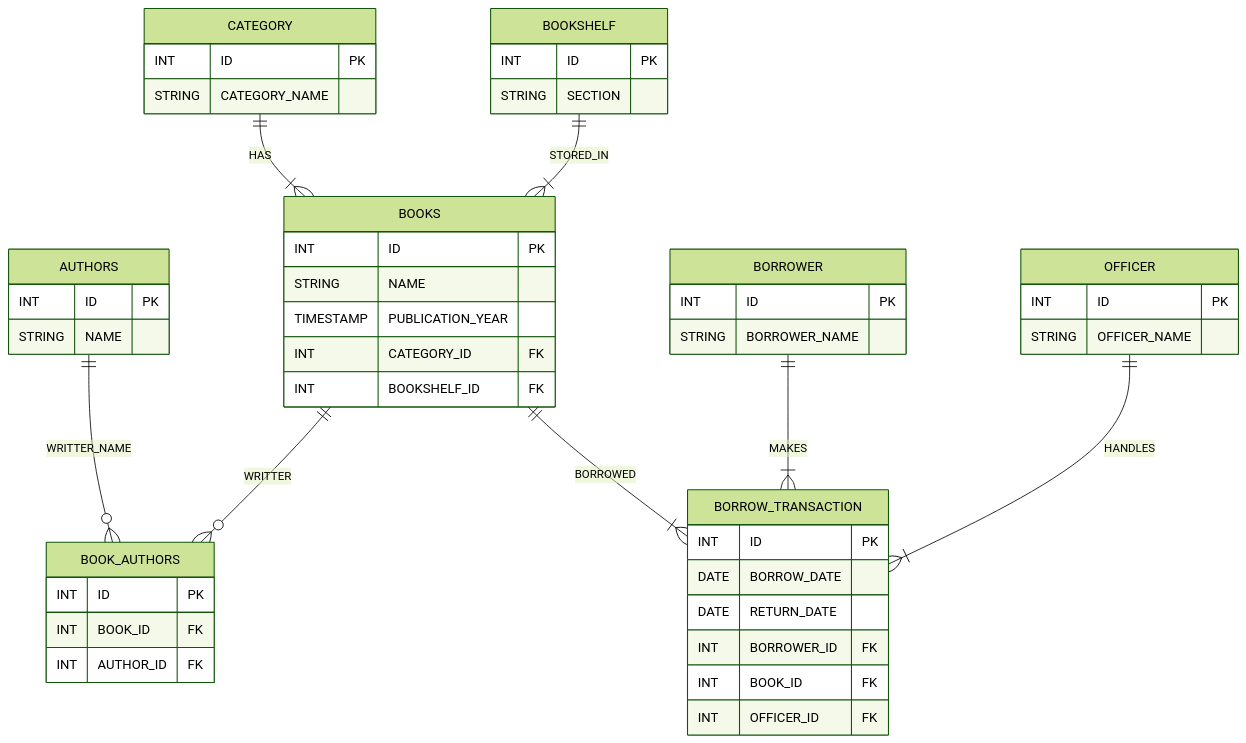
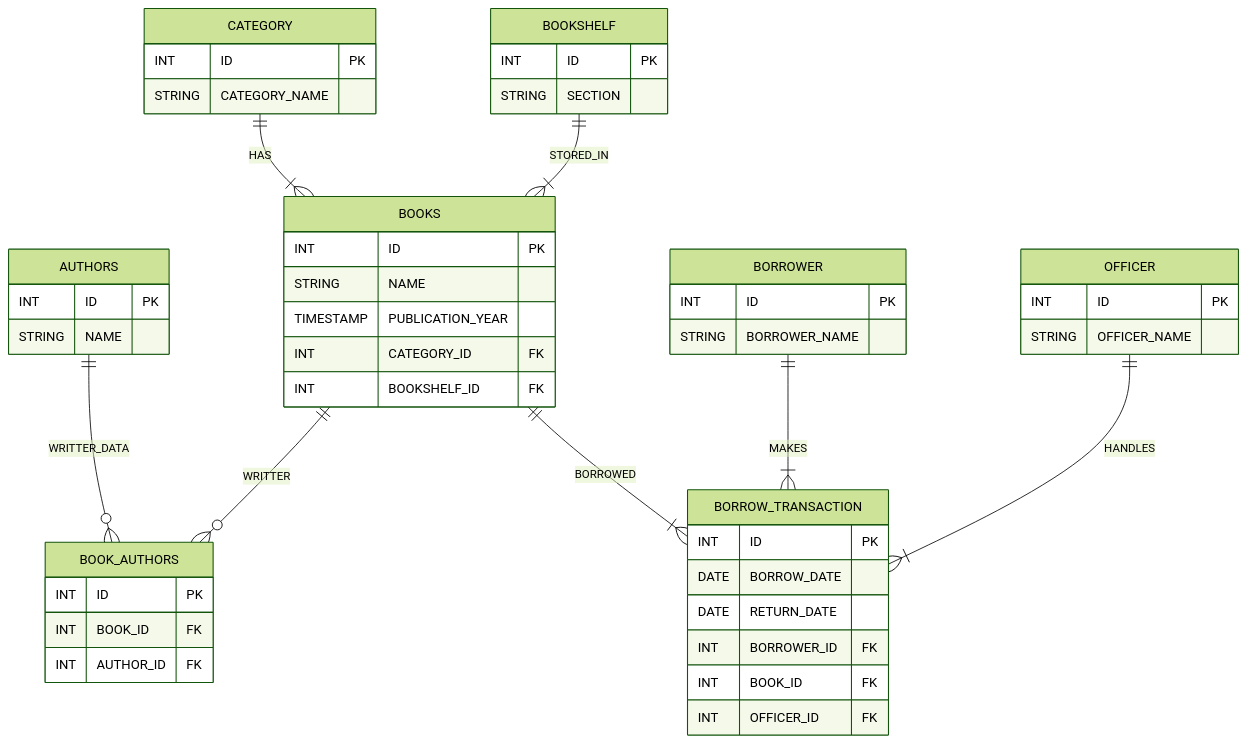
One commit to VirgilIw/koda-b6-db1 changed the diagram in minitask1/Readme.md. Above: the diagram before and after it, drawn with Mermaid (forest theme).

Commit message:
Update writer reference in Readme.md

````diff
--- a/minitask1/Readme.md
+++ b/minitask1/Readme.md
@@ -3,61 +3,61 @@
 ```mermaid
 erDiagram
 
 BOOKS {
     INT ID PK
     STRING NAME
     TIMESTAMP PUBLICATION_YEAR
     INT CATEGORY_ID FK
     INT BOOKSHELF_ID FK
 }
 
 BOOK_AUTHORS {
     INT ID PK
     INT BOOK_ID FK
     INT AUTHOR_ID FK 
 }
 
 AUTHORS {
     INT ID PK
     STRING NAME
 }
 
 CATEGORY {
     INT ID PK
     STRING CATEGORY_NAME
 }
 
 BOOKSHELF{
     INT ID PK
     STRING SECTION
 }
 
 OFFICER {
     INT ID PK
     STRING OFFICER_NAME
 }
 
 BORROWER {
     INT ID PK
     STRING BORROWER_NAME
 }
 
 BORROW_TRANSACTION {
     INT ID PK
     DATE BORROW_DATE
     DATE RETURN_DATE
     INT BORROWER_ID FK
     INT BOOK_ID FK
     INT OFFICER_ID FK
 }
 
 CATEGORY ||--|{ BOOKS : HAS
 BOOKSHELF ||--|{ BOOKS : STORED_IN
 BOOKS ||--|{ BORROW_TRANSACTION : BORROWED
-AUTHORS ||--o{ BOOK_AUTHORS : WRITTER_NAME
+AUTHORS ||--o{ BOOK_AUTHORS : WRITTER_DATA
 BOOKS ||--o{ BOOK_AUTHORS : WRITTER
 BORROWER ||--|{ BORROW_TRANSACTION : MAKES
 OFFICER ||--|{ BORROW_TRANSACTION : HANDLES
 
 
 ```
````
